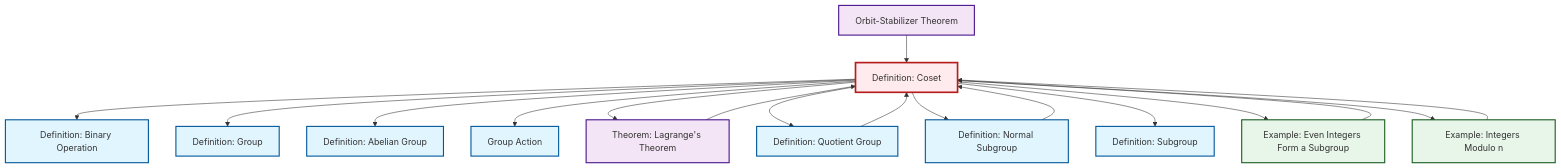
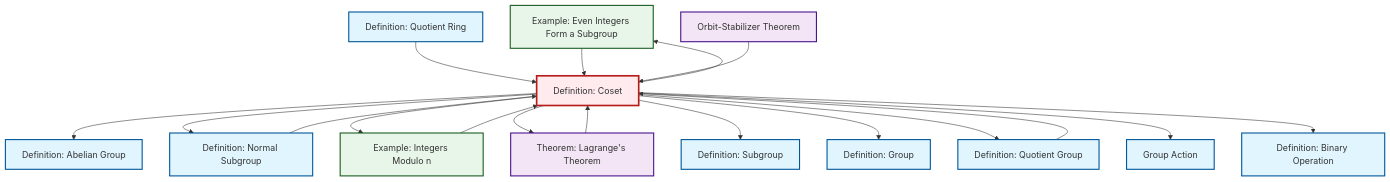
Before and after one commit to RK0429/ModernMath: the diagram in content/ja/algebra/def-coset.qmd, drawn with Mermaid. The commit also changed 597 other files, not shown here.

````diff
--- a/content/ja/algebra/def-coset.qmd
+++ b/content/ja/algebra/def-coset.qmd
@@ -162,49 +162,52 @@
 ```{mermaid}
 %%| fig-cap: "Local dependency graph"
 graph TD
     classDef definition fill:#e1f5fe,stroke:#01579b,stroke-width:2px
     classDef theorem fill:#f3e5f5,stroke:#4a148c,stroke-width:2px
     classDef axiom fill:#fff3e0,stroke:#e65100,stroke-width:2px
     classDef example fill:#e8f5e9,stroke:#1b5e20,stroke-width:2px
     classDef current fill:#ffebee,stroke:#b71c1c,stroke-width:3px
+    ex-even-integers-subgroup["Example: Even Integers Form a Subgroup"]:::example
+    ex-quotient-integers-mod-n["Example: Integers Modulo n"]:::example
+    def-group-action["Group Action"]:::definition
+    thm-lagrange["Theorem: Lagrange's Theorem"]:::theorem
+    def-quotient-ring["Definition: Quotient Ring"]:::definition
+    def-coset["Definition: Coset"]:::definition
+    thm-orbit-stabilizer["Orbit-Stabilizer Theorem"]:::theorem
+    def-normal-subgroup["Definition: Normal Subgroup"]:::definition
+    def-quotient-group["Definition: Quotient Group"]:::definition
+    def-abelian-group["Definition: Abelian Group"]:::definition
+    def-subgroup["Definition: Subgroup"]:::definition
+    def-group["Definition: Group"]:::definition
     def-binary-operation["Definition: Binary Operation"]:::definition
-    def-subgroup["Definition: Subgroup"]:::definition
-    thm-orbit-stabilizer["Orbit-Stabilizer Theorem"]:::theorem
-    def-group-action["Group Action"]:::definition
-    def-quotient-group["Definition: Quotient Group"]:::definition
-    thm-lagrange["Theorem: Lagrange's Theorem"]:::theorem
-    def-abelian-group["Definition: Abelian Group"]:::definition
-    def-coset["Definition: Coset"]:::definition
-    def-group["Definition: Group"]:::definition
-    ex-even-integers-subgroup["Example: Even Integers Form a Subgroup"]:::example
-    def-normal-subgroup["Definition: Normal Subgroup"]:::definition
-    ex-quotient-integers-mod-n["Example: Integers Modulo n"]:::example
+    def-coset --> def-abelian-group
+    def-coset --> def-normal-subgroup
+    def-coset --> ex-quotient-integers-mod-n
+    def-coset --> ex-even-integers-subgroup
+    def-coset --> thm-lagrange
+    def-quotient-ring --> def-coset
+    ex-quotient-integers-mod-n --> def-coset
+    def-quotient-group --> def-coset
+    thm-lagrange --> def-coset
+    ex-even-integers-subgroup --> def-coset
+    def-coset --> def-subgroup
+    def-coset --> def-group
+    def-coset --> def-quotient-group
+    def-normal-subgroup --> def-coset
+    def-coset --> def-group-action
+    def-coset --> def-binary-operation
     thm-orbit-stabilizer --> def-coset
-    def-normal-subgroup --> def-coset
-    def-coset --> def-binary-operation
-    ex-quotient-integers-mod-n --> def-coset
-    def-coset --> def-group
-    def-coset --> def-abelian-group
-    def-quotient-group --> def-coset
-    ex-even-integers-subgroup --> def-coset
-    def-coset --> def-group-action
-    def-coset --> thm-lagrange
-    thm-lagrange --> def-coset
-    def-coset --> def-quotient-group
-    def-coset --> def-normal-subgroup
-    def-coset --> def-subgroup
-    def-coset --> ex-even-integers-subgroup
-    def-coset --> ex-quotient-integers-mod-n
     class def-coset current
+    click ex-even-integers-subgroup "ex-even-integers-subgroup.html" "Example: Even Integers Form a Subgroupへ"
+    click ex-quotient-integers-mod-n "ex-quotient-integers-mod-n.html" "Example: Integers Modulo nへ"
+    click def-group-action "def-group-action.html" "Group Actionへ"
+    click thm-lagrange "thm-lagrange.html" "Theorem: Lagrange's Theoremへ"
+    click def-quotient-ring "def-quotient-ring.html" "Definition: Quotient Ringへ"
+    click thm-orbit-stabilizer "thm-orbit-stabilizer.html" "Orbit-Stabilizer Theoremへ"
+    click def-normal-subgroup "def-normal-subgroup.html" "Definition: Normal Subgroupへ"
+    click def-quotient-group "def-quotient-group.html" "Definition: Quotient Groupへ"
+    click def-abelian-group "def-abelian-group.html" "Definition: Abelian Groupへ"
+    click def-subgroup "def-subgroup.html" "Definition: Subgroupへ"
+    click def-group "def-group.html" "Definition: Groupへ"
     click def-binary-operation "def-binary-operation.html" "Definition: Binary Operationへ"
-    click def-subgroup "def-subgroup.html" "Definition: Subgroupへ"
-    click thm-orbit-stabilizer "thm-orbit-stabilizer.html" "Orbit-Stabilizer Theoremへ"
-    click def-group-action "def-group-action.html" "Group Actionへ"
-    click def-quotient-group "def-quotient-group.html" "Definition: Quotient Groupへ"
-    click thm-lagrange "thm-lagrange.html" "Theorem: Lagrange's Theoremへ"
-    click def-abelian-group "def-abelian-group.html" "Definition: Abelian Groupへ"
-    click def-group "def-group.html" "Definition: Groupへ"
-    click ex-even-integers-subgroup "ex-even-integers-subgroup.html" "Example: Even Integers Form a Subgroupへ"
-    click def-normal-subgroup "def-normal-subgroup.html" "Definition: Normal Subgroupへ"
-    click ex-quotient-integers-mod-n "ex-quotient-integers-mod-n.html" "Example: Integers Modulo nへ"
 ```
````
